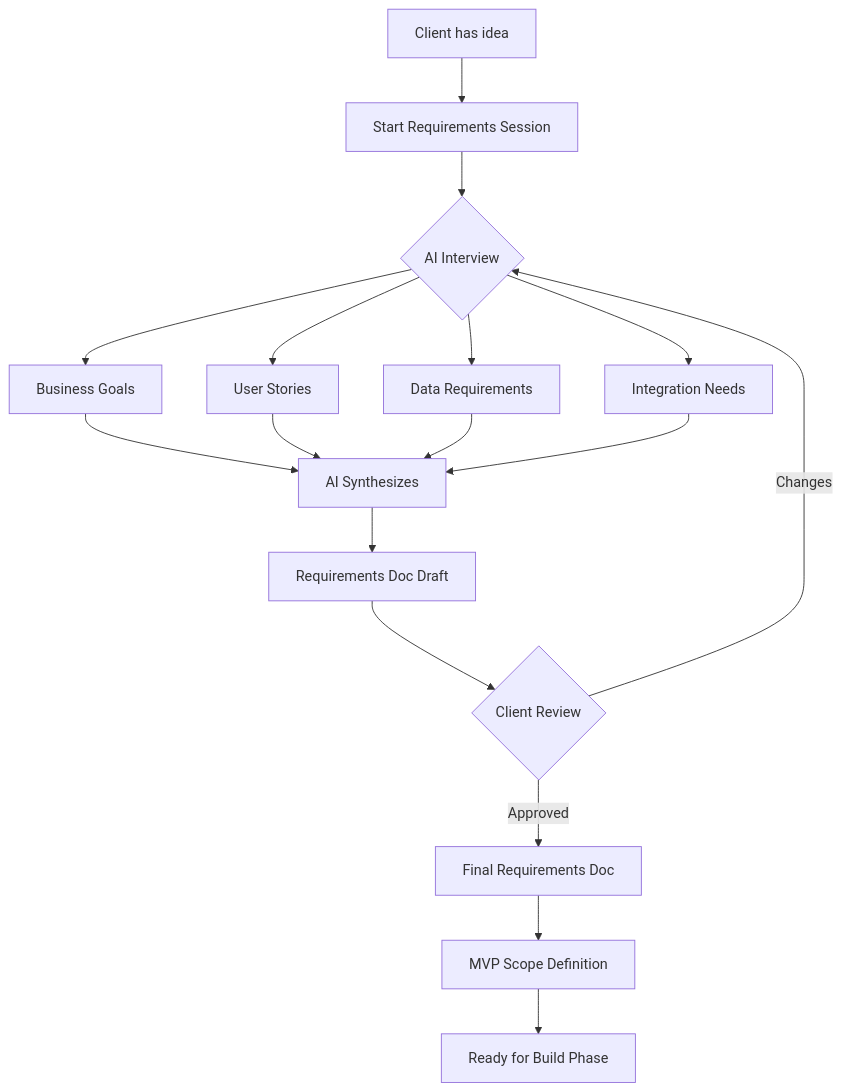
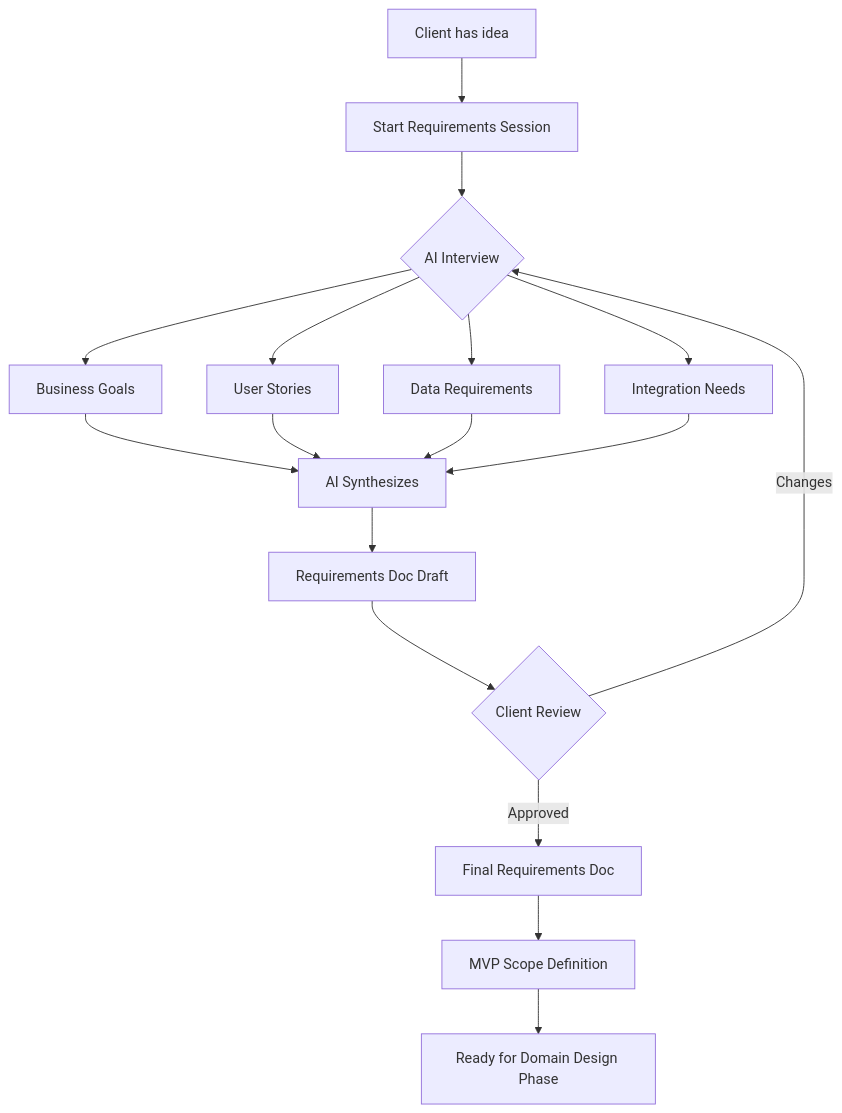
Before and after one commit to damont/golden-incubator: the diagram in capabilities/01-requirements-gathering.md, drawn with Mermaid. The commit also changed other lines of this file and 19 other files, not shown here.

First line of the commit message:
feat: Restructure phases — Discovery + Domain Design

````diff
--- a/capabilities/01-requirements-gathering.md
+++ b/capabilities/01-requirements-gathering.md
@@ -25,17 +25,17 @@
 ```mermaid
 flowchart TD
     A[Client has idea] --> B[Start Requirements Session]
     B --> C{AI Interview}
     C --> D[Business Goals]
     C --> E[User Stories]
     C --> F[Data Requirements]
     C --> G[Integration Needs]
     
     D & E & F & G --> H[AI Synthesizes]
     H --> I[Requirements Doc Draft]
     I --> J{Client Review}
     J -->|Changes| C
     J -->|Approved| K[Final Requirements Doc]
     K --> L[MVP Scope Definition]
-    L --> M[Ready for Build Phase]
+    L --> M[Ready for Domain Design Phase]
 ```
````
